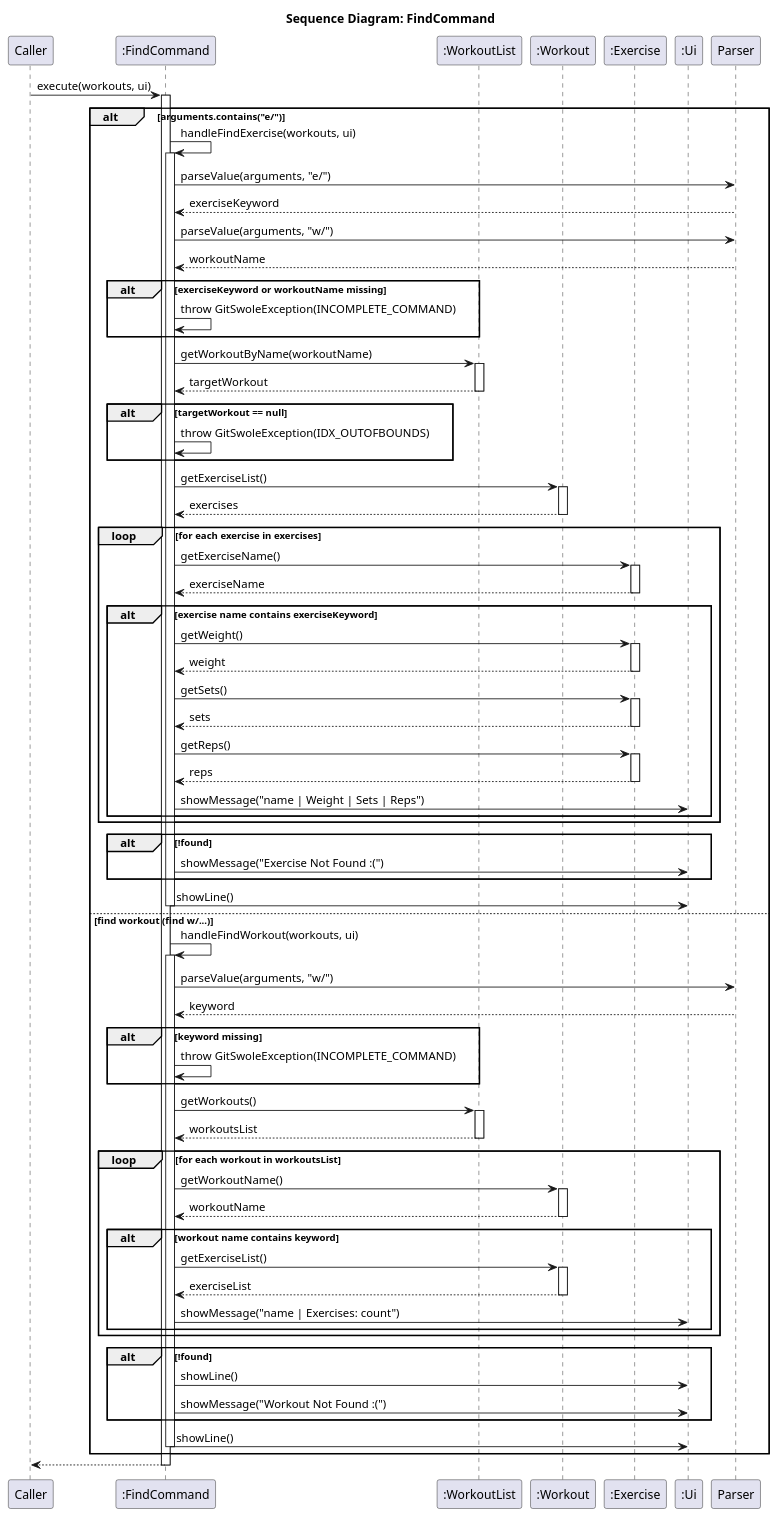
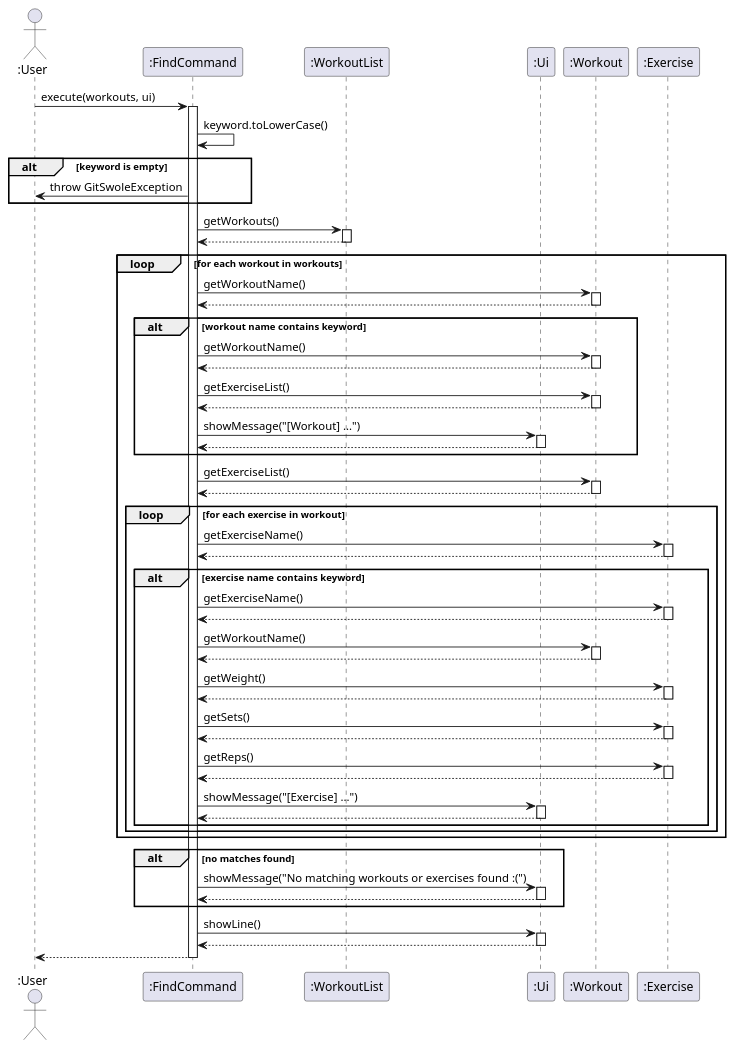
One commit to shuojiee/tp changed the diagram in docs/diagrams/commands/find/FindCommand.puml. Above: the diagram before and after it, drawn with PlantUML. The commit also changed 15 other files, not shown here.

Commit message:
Make FindCommand global

```diff
--- a/docs/diagrams/commands/find/FindCommand.puml
+++ b/docs/diagrams/commands/find/FindCommand.puml
@@ -1,115 +1,108 @@
 @startuml
-title Sequence Diagram: FindCommand
+actor ":User" as User
+participant ":FindCommand" as FC
+participant ":WorkoutList" as WL
+participant ":Ui" as UI
+participant ":Workout" as W
+participant ":Exercise" as E
 
-participant "Caller" as Caller
-participant ":FindCommand" as Command
-participant ":WorkoutList" as WorkoutList
-participant ":Workout" as Workout
-participant ":Exercise" as Exercise
-participant ":Ui" as Ui
-participant "Parser" as Parser
+User -> FC : execute(workouts, ui)
+activate FC
 
-Caller -> Command : execute(workouts, ui)
-activate Command
+FC -> FC : keyword.toLowerCase()
 
-alt arguments.contains("e/")
-    Command -> Command : handleFindExercise(workouts, ui)
-    activate Command
+alt keyword is empty
+    FC -> User : throw GitSwoleException
+end
 
-    Command -> Parser : parseValue(arguments, "e/")
-    Parser --> Command : exerciseKeyword
-    Command -> Parser : parseValue(arguments, "w/")
-    Parser --> Command : workoutName
+FC -> WL : getWorkouts()
+activate WL
+WL --> FC
+deactivate WL
 
-    alt exerciseKeyword or workoutName missing
-        Command -> Command : throw GitSwoleException(INCOMPLETE_COMMAND)
+loop for each workout in workouts
+
+    FC -> W : getWorkoutName()
+    activate W
+    W --> FC
+    deactivate W
+
+    alt workout name contains keyword
+        FC -> W : getWorkoutName()
+        activate W
+        W --> FC
+        deactivate W
+
+        FC -> W : getExerciseList()
+        activate W
+        W --> FC
+        deactivate W
+
+        FC -> UI : showMessage("[Workout] ...")
+        activate UI
+        UI --> FC
+        deactivate UI
     end
 
-    Command -> WorkoutList : getWorkoutByName(workoutName)
-    activate WorkoutList
-    WorkoutList --> Command : targetWorkout
-    deactivate WorkoutList
+    FC -> W : getExerciseList()
+    activate W
+    W --> FC
+    deactivate W
 
-    alt targetWorkout == null
-        Command -> Command : throw GitSwoleException(IDX_OUTOFBOUNDS)
-    end
+    loop for each exercise in workout
 
-    Command -> Workout : getExerciseList()
-    activate Workout
-    Workout --> Command : exercises
-    deactivate Workout
+        FC -> E : getExerciseName()
+        activate E
+        E --> FC
+        deactivate E
 
-    loop for each exercise in exercises
-        Command -> Exercise : getExerciseName()
-        activate Exercise
-        Exercise --> Command : exerciseName
-        deactivate Exercise
+        alt exercise name contains keyword
+            FC -> E : getExerciseName()
+            activate E
+            E --> FC
+            deactivate E
 
-        alt exercise name contains exerciseKeyword
-            Command -> Exercise : getWeight()
-            activate Exercise
-            Exercise --> Command : weight
-            deactivate Exercise
-            Command -> Exercise : getSets()
-            activate Exercise
-            Exercise --> Command : sets
-            deactivate Exercise
-            Command -> Exercise : getReps()
-            activate Exercise
-            Exercise --> Command : reps
-            deactivate Exercise
-            Command -> Ui : showMessage("name | Weight | Sets | Reps")
+            FC -> W : getWorkoutName()
+            activate W
+            W --> FC
+            deactivate W
+
+            FC -> E : getWeight()
+            activate E
+            E --> FC
+            deactivate E
+
+            FC -> E : getSets()
+            activate E
+            E --> FC
+            deactivate E
+
+            FC -> E : getReps()
+            activate E
+            E --> FC
+            deactivate E
+
+            FC -> UI : showMessage("[Exercise] ...")
+            activate UI
+            UI --> FC
+            deactivate UI
         end
     end
-
-    alt !found
-        Command -> Ui : showMessage("Exercise Not Found :(")
-    end
-
-    Command -> Ui : showLine()
-    deactivate Command
-
-else find workout (find w/...)
-    Command -> Command : handleFindWorkout(workouts, ui)
-    activate Command
-
-    Command -> Parser : parseValue(arguments, "w/")
-    Parser --> Command : keyword
-
-    alt keyword missing
-        Command -> Command : throw GitSwoleException(INCOMPLETE_COMMAND)
-    end
-
-    Command -> WorkoutList : getWorkouts()
-    activate WorkoutList
-    WorkoutList --> Command : workoutsList
-    deactivate WorkoutList
-
-    loop for each workout in workoutsList
-        Command -> Workout : getWorkoutName()
-        activate Workout
-        Workout --> Command : workoutName
-        deactivate Workout
-
-        alt workout name contains keyword
-            Command -> Workout : getExerciseList()
-            activate Workout
-            Workout --> Command : exerciseList
-            deactivate Workout
-            Command -> Ui : showMessage("name | Exercises: count")
-        end
-    end
-
-    alt !found
-        Command -> Ui : showLine()
-        Command -> Ui : showMessage("Workout Not Found :(")
-    end
-
-    Command -> Ui : showLine()
-    deactivate Command
 end
 
-Command --> Caller
-deactivate Command
+alt no matches found
+    FC -> UI : showMessage("No matching workouts or exercises found :(")
+    activate UI
+    UI --> FC
+    deactivate UI
+end
+
+FC -> UI : showLine()
+activate UI
+UI --> FC
+deactivate UI
+
+FC --> User
+deactivate FC
 
 @enduml
```
